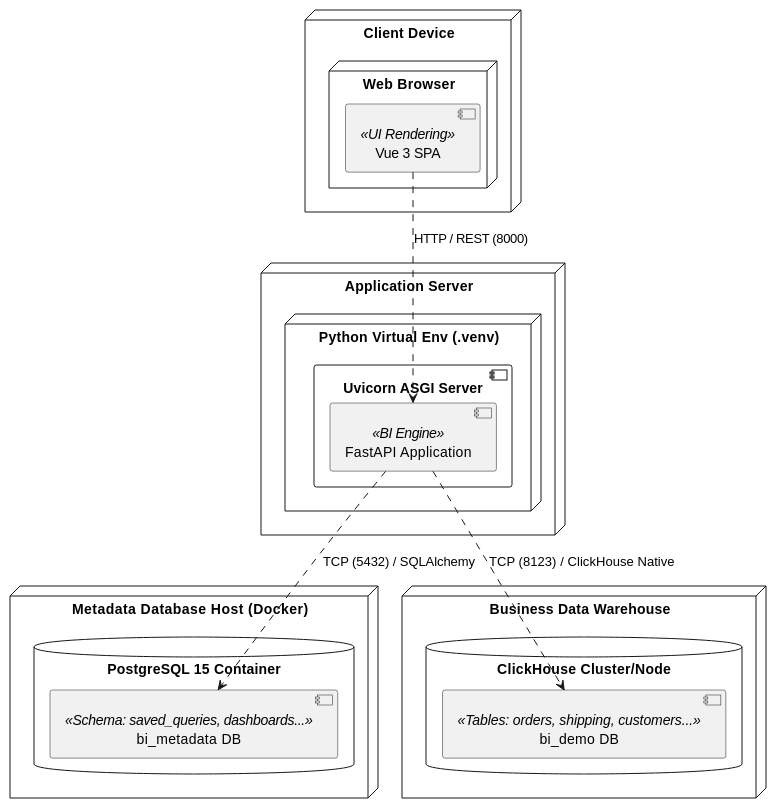
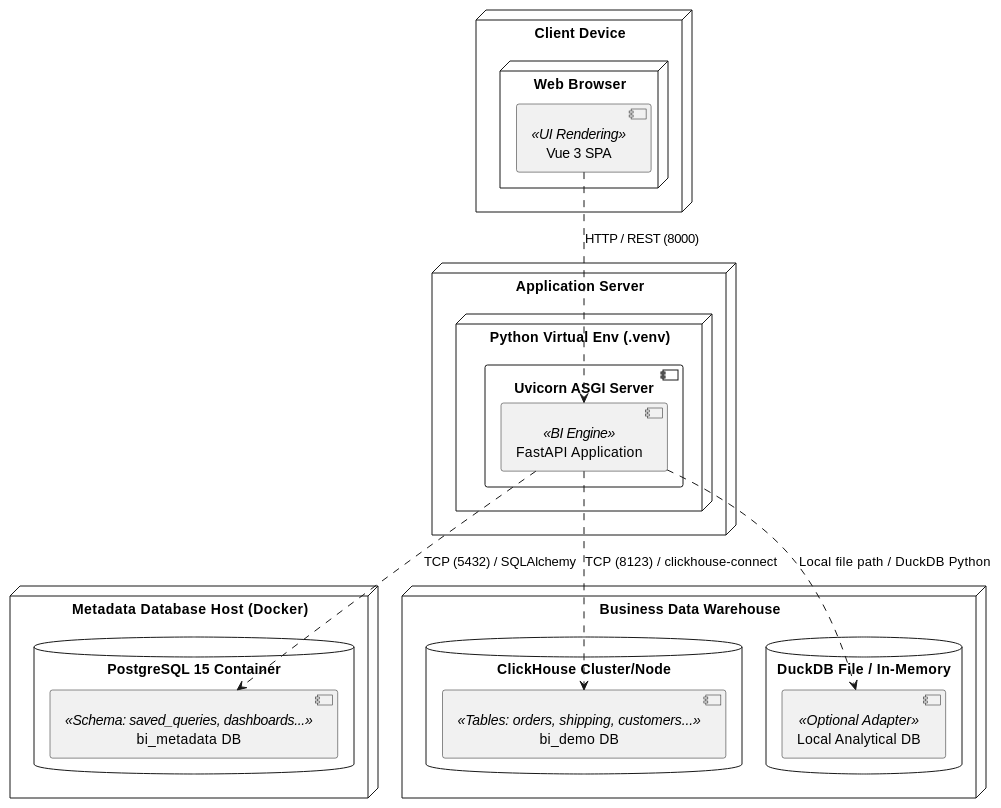
The fifth of 5 diagrams in 4_plus_1_views.md (Percy-m/data_search), drawn with PlantUML before and after one commit. The commit also changed other lines of this file and 6 other files, not shown here.

````diff
--- a/4_plus_1_views.md
+++ b/4_plus_1_views.md
@@ -216,34 +218,38 @@
 ```plantuml
 @startuml
 node "Client Device" {
   node "Web Browser" {
     [Vue 3 SPA] << UI Rendering >>
   }
 }
 
 node "Application Server" {
   node "Python Virtual Env (.venv)" {
     component "Uvicorn ASGI Server" {
       [FastAPI Application] << BI Engine >>
     }
   }
 }
 
 node "Metadata Database Host (Docker)" {
   database "PostgreSQL 15 Container" {
     [bi_metadata DB] << Schema: saved_queries, dashboards... >>
   }
 }
 
 node "Business Data Warehouse" {
   database "ClickHouse Cluster/Node" {
     [bi_demo DB] << Tables: orders, shipping, customers... >>
   }
+  database "DuckDB File / In-Memory" {
+    [Local Analytical DB] << Optional Adapter >>
+  }
 }
 
 [Vue 3 SPA] ..> [FastAPI Application] : HTTP / REST (8000)
 [FastAPI Application] ..> [bi_metadata DB] : TCP (5432) / SQLAlchemy
-[FastAPI Application] ..> [bi_demo DB] : TCP (8123) / ClickHouse Native
+[FastAPI Application] ..> [bi_demo DB] : TCP (8123) / clickhouse-connect
+[FastAPI Application] ..> [Local Analytical DB] : Local file path / DuckDB Python
 
 @enduml
 ```
````
